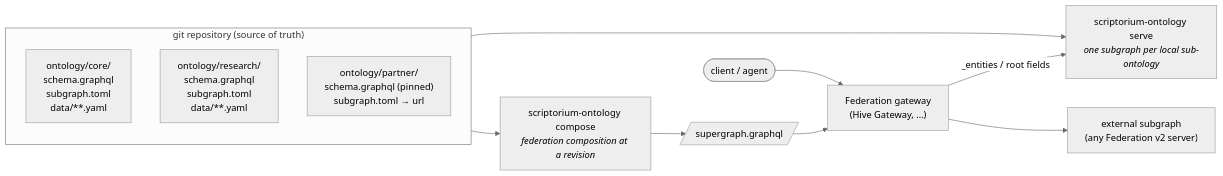
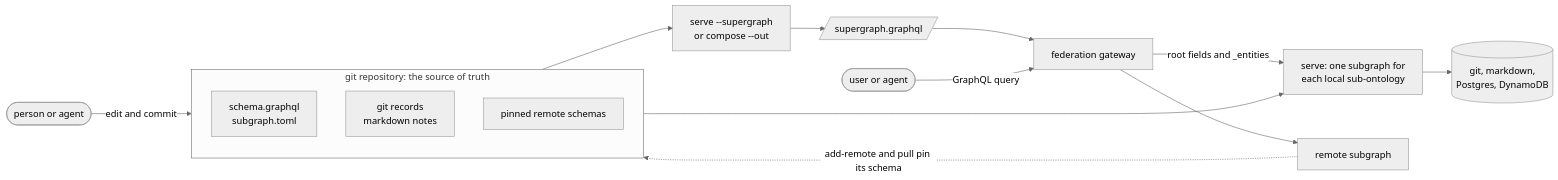
Before and after one commit to xpolb01/scriptorium: the diagram in docs/ONTOLOGY.md, drawn with Mermaid (neutral theme). The commit also changed other lines of this file and 2 other files, not shown here.

First line of the commit message:
docs(ontology): rewrite the guide in Simplified Technical English

````diff
--- a/docs/ONTOLOGY.md
+++ b/docs/ONTOLOGY.md
@@ -29,20 +26,19 @@
 ```mermaid
 flowchart LR
-    subgraph Git["git repository (source of truth)"]
+    Author([person or agent]) -- "edit and commit" --> Git
+    subgraph Git["git repository: the source of truth"]
         direction TB
-        C["ontology/core/<br/>schema.graphql<br/>subgraph.toml<br/>data/**.yaml"]
-        R["ontology/research/<br/>schema.graphql<br/>subgraph.toml<br/>data/**.yaml"]
-        X["ontology/partner/<br/>schema.graphql (pinned)<br/>subgraph.toml → url"]
+        Schemas["schema.graphql<br/>subgraph.toml"]
+        Records["git records<br/>markdown notes"]
+        Pins["pinned remote schemas"]
     end
-    Compose["scriptorium-ontology compose<br/><i>federation composition at a revision</i>"]
-    Super[/"supergraph.graphql"/]
-    Serve["scriptorium-ontology serve<br/><i>one subgraph per local sub-ontology</i>"]
-    GW["Federation gateway<br/>(Hive Gateway, …)"]
-    Ext["external subgraph<br/>(any Federation v2 server)"]
-    Client([client / agent])
-    Git --> Compose --> Super --> GW
-    Git --> Serve
-    Client --> GW
-    GW -- "_entities / root fields" --> Serve
-    GW --> Ext
+    Git --> Publish["serve --supergraph<br/>or compose --out"]
+    Publish --> Super[/"supergraph.graphql"/]
+    Super --> Gateway["federation gateway"]
+    Git --> Serve["serve: one subgraph for<br/>each local sub-ontology"]
+    Serve --> Stores[("git, markdown,<br/>Postgres, DynamoDB")]
+    Client([user or agent]) -- "GraphQL query" --> Gateway
+    Gateway -- "root fields and _entities" --> Serve
+    Gateway --> Remote["remote subgraph"]
+    Remote -. "add-remote and pull pin its schema" .-> Pins
 ```
````
